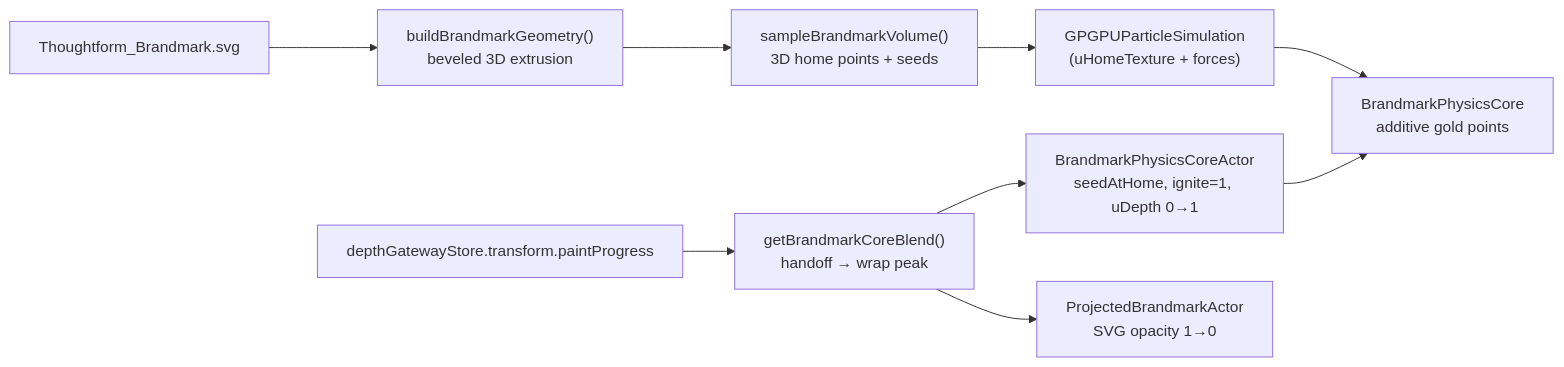
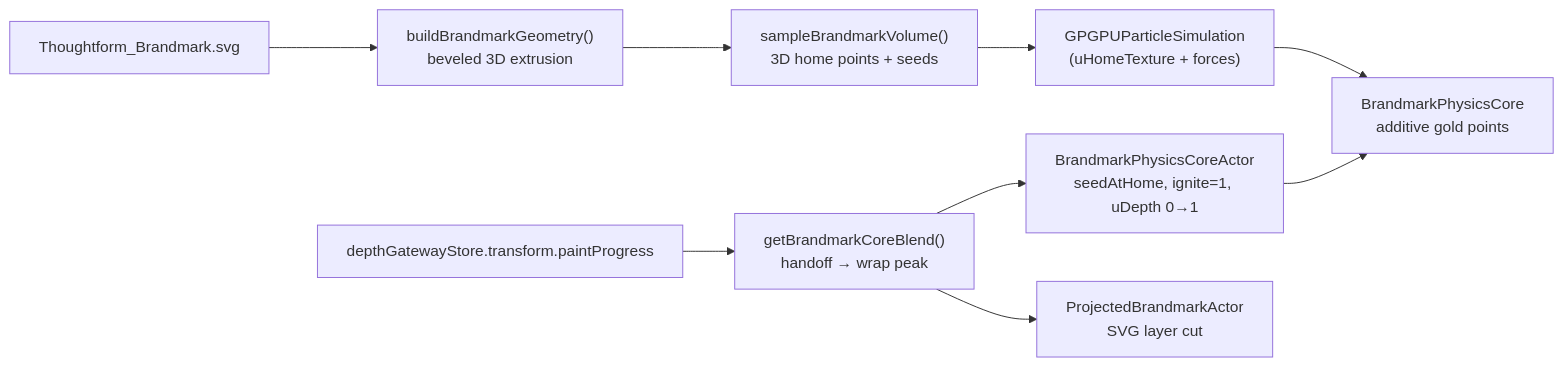
One commit to thoughtform-co/thoughtform changed the diagram in sentinel/decisions/023-corridor-brandmark-physics-core.md. Above: the diagram before and after it, drawn with Mermaid. The commit also changed other lines of this file and 6 other files, not shown here.

````diff
--- a/sentinel/decisions/023-corridor-brandmark-physics-core.md
+++ b/sentinel/decisions/023-corridor-brandmark-physics-core.md
@@ -76,11 +80,11 @@
 ```mermaid
 flowchart LR
   svg["Thoughtform_Brandmark.svg"] --> geo["buildBrandmarkGeometry()<br/>beveled 3D extrusion"]
   geo --> samp["sampleBrandmarkVolume()<br/>3D home points + seeds"]
   samp --> sim["GPGPUParticleSimulation<br/>(uHomeTexture + forces)"]
   sim --> core["BrandmarkPhysicsCore<br/>additive gold points"]
   store["depthGatewayStore.transform.paintProgress"] --> gate["getBrandmarkCoreBlend()<br/>handoff → wrap peak"]
   gate --> actor["BrandmarkPhysicsCoreActor<br/>seedAtHome, ignite=1, uDepth 0→1"]
   actor --> core
-  gate --> svgactor["ProjectedBrandmarkActor<br/>SVG opacity 1→0"]
+  gate --> svgactor["ProjectedBrandmarkActor<br/>SVG layer cut"]
 ```
````
